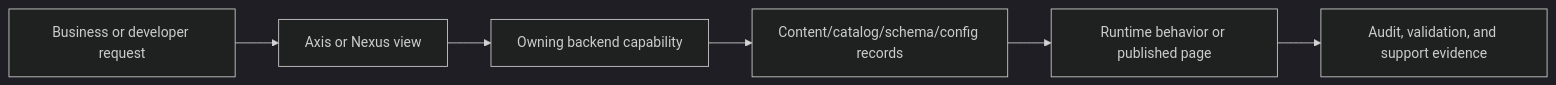
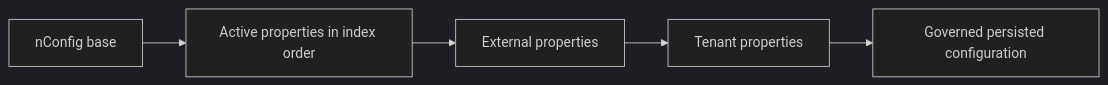
One commit to Nodics/nodics.ai changed the diagram in nodics.docs/docs/pages/nodics.foundation/runtime-configuration.md. Above: the diagram before and after it, drawn with Mermaid (dark theme). The commit also changed other lines of this file and 719 other files, not shown here.

First line of the commit message:
refactor: isolate runtime builds and enforce capability contracts

````diff
--- a/nodics.docs/docs/pages/nodics.foundation/runtime-configuration.md
+++ b/nodics.docs/docs/pages/nodics.foundation/runtime-configuration.md
@@ -30,8 +69,7 @@
 ```mermaid
 flowchart LR
-  Reader["Business or developer request"] --> Axis["Axis or Nexus view"]
-  Axis --> Backend["Owning backend capability"]
-  Backend --> Catalog["Content/catalog/schema/config records"]
-  Catalog --> Runtime["Runtime behavior or published page"]
-  Runtime --> Evidence["Audit, validation, and support evidence"]
+  Base["nConfig base"] --> Modules["Active properties in index order"]
+  Modules --> External["External properties"]
+  External --> Tenant["Tenant properties"]
+  Tenant --> Persisted["Governed persisted configuration"]
 ```
````
